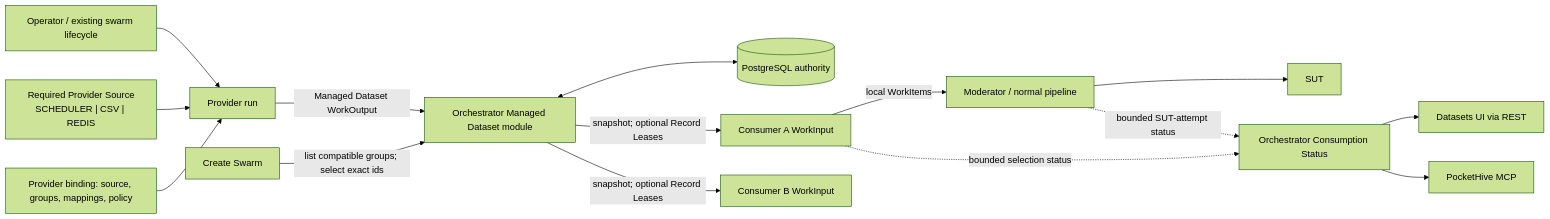
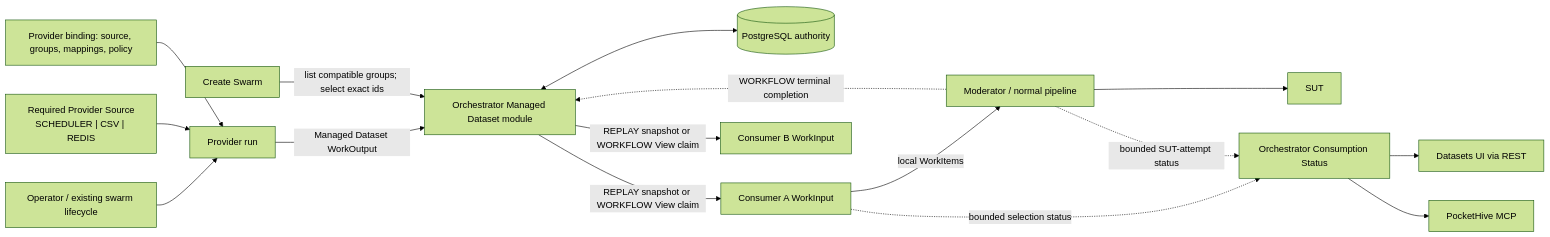
One commit to sepa79/PocketHive changed the diagram in docs/inProgress/managed-test-data-lifecycle-generic-spec.md. Above: the diagram before and after it, drawn with Mermaid (forest theme). The commit also changed other lines of this file and 2 other files, not shown here.

````diff
--- a/docs/inProgress/managed-test-data-lifecycle-generic-spec.md
+++ b/docs/inProgress/managed-test-data-lifecycle-generic-spec.md
@@ -175,17 +205,18 @@
 ```mermaid
 flowchart LR
   OP["Operator / existing swarm lifecycle"] --> P["Provider run"]
   PS["Required Provider Source<br/>SCHEDULER | CSV | REDIS"] --> P
   B["Provider binding: source, groups, mappings, policy"] --> P
   P -->|"Managed Dataset WorkOutput"| MD["Orchestrator Managed Dataset module"]
   MD <--> PG[("PostgreSQL authority")]
   CS["Create Swarm"] -->|"list compatible groups; select exact ids"| MD
-  MD -->|"snapshot; optional Record Leases"| C1["Consumer A WorkInput"]
-  MD -->|"snapshot; optional Record Leases"| C2["Consumer B WorkInput"]
+  MD -->|"REPLAY snapshot or WORKFLOW View claim"| C1["Consumer A WorkInput"]
+  MD -->|"REPLAY snapshot or WORKFLOW View claim"| C2["Consumer B WorkInput"]
   C1 -->|"local WorkItems"| M["Moderator / normal pipeline"]
   M --> SUT["SUT"]
+  M -.->|"WORKFLOW terminal completion"| MD
   C1 -.->|"bounded selection status"| O["Orchestrator Consumption Status"]
   M -.->|"bounded SUT-attempt status"| O
   O --> UI["Datasets UI via REST"]
   O --> MCP["PocketHive MCP"]
 ```
````
